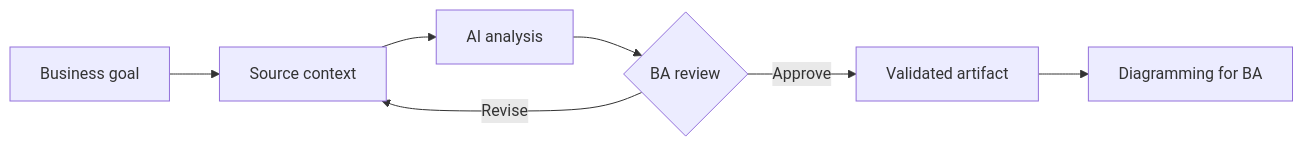
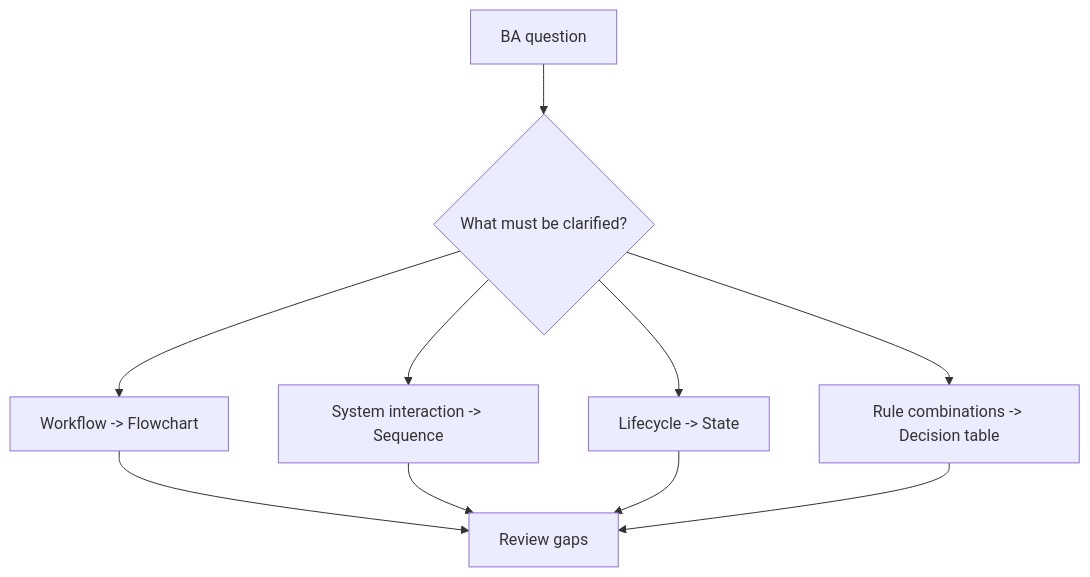
One commit to anhtnt90dev/ai-for-ba changed the diagram in docs/en/lessons/diagramming-for-ba/index.md. Above: the diagram before and after it, drawn with Mermaid. The commit also changed other lines of this file and 64 other files, not shown here.

````diff
--- a/docs/en/lessons/diagramming-for-ba/index.md
+++ b/docs/en/lessons/diagramming-for-ba/index.md
@@ -39,9 +38,12 @@
 ```mermaid
-flowchart LR
-    A["Business goal"] --> B["Source context"]
-    B --> C["AI analysis"]
-    C --> D{"BA review"}
-    D -->|"Revise"| B
-    D -->|"Approve"| E["Validated artifact"]
-    E --> F["Diagramming for BA"]
+flowchart TD
+    A["BA question"] --> B{"What must be clarified?"}
+    B --> C["Workflow -> Flowchart"]
+    B --> D["System interaction -> Sequence"]
+    B --> E["Lifecycle -> State"]
+    B --> F["Rule combinations -> Decision table"]
+    C --> G["Review gaps"]
+    D --> G
+    E --> G
+    F --> G
 ```
````
